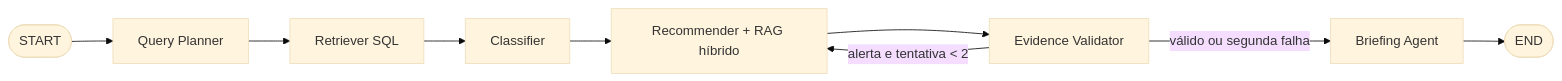
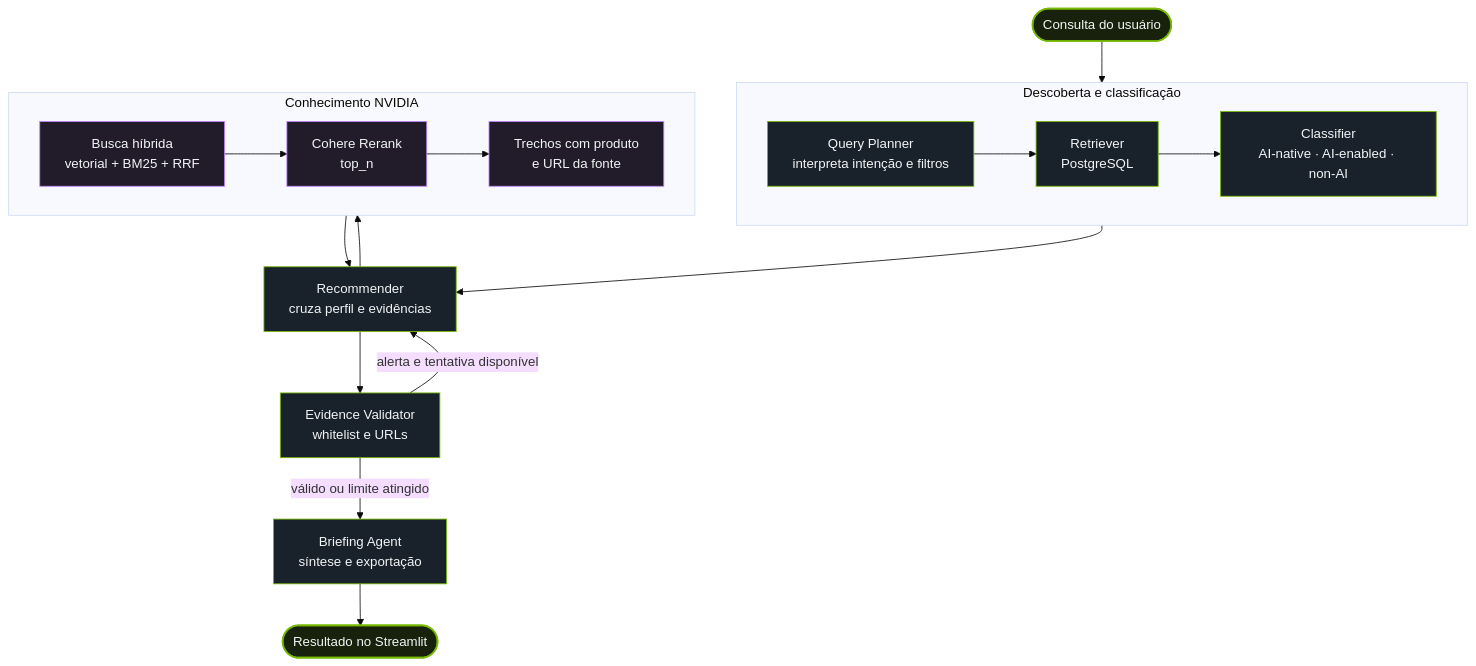
One commit to nandahelena/nvidia-radar changed the diagram in docs/graph.mmd. Above: the diagram before and after it, drawn with Mermaid (base theme). The commit also changed 6 other files, not shown here.

```diff
--- a/docs/graph.mmd
+++ b/docs/graph.mmd
@@ -1,9 +1,30 @@
-flowchart LR
-    START([START]) --> query_planner[Query Planner]
-    query_planner --> retriever[Retriever SQL]
-    retriever --> classifier[Classifier]
-    classifier --> recommender[Recommender + RAG híbrido]
-    recommender --> validator[Evidence Validator]
-    validator -->|alerta e tentativa < 2| recommender
-    validator -->|válido ou segunda falha| briefing[Briefing Agent]
-    briefing --> END([END])
+flowchart TB
+    start([Consulta do usuário]) --> planner
+
+    subgraph discovery[Descoberta e classificação]
+        direction LR
+        planner[Query Planner<br/>interpreta intenção e filtros] --> startup_retriever[Retriever<br/>PostgreSQL]
+        startup_retriever --> classifier[Classifier<br/>AI-native · AI-enabled · non-AI]
+    end
+
+    subgraph knowledge[Conhecimento NVIDIA]
+        direction LR
+        hybrid[Busca híbrida<br/>vetorial + BM25 + RRF] --> rerank[Cohere Rerank<br/>top_n]
+        rerank --> evidence[Trechos com produto<br/>e URL da fonte]
+    end
+
+    classifier --> recommender[Recommender<br/>cruza perfil e evidências]
+    recommender --> hybrid
+    evidence --> recommender
+    recommender --> validator[Evidence Validator<br/>whitelist e URLs]
+    validator -->|alerta e tentativa disponível| recommender
+    validator -->|válido ou limite atingido| briefing[Briefing Agent<br/>síntese e exportação]
+    briefing --> finish([Resultado no Streamlit])
+
+    classDef entry fill:#17210b,stroke:#76B900,color:#F2F5F7,stroke-width:2px;
+    classDef agent fill:#19212a,stroke:#76B900,color:#F2F5F7;
+    classDef service fill:#211b2a,stroke:#C084FC,color:#F2F5F7;
+    classDef output fill:#0f2922,stroke:#34D399,color:#F2F5F7,stroke-width:2px;
+    class start,finish entry;
+    class planner,startup_retriever,classifier,recommender,validator,briefing agent;
+    class hybrid,rerank,evidence service;
```
